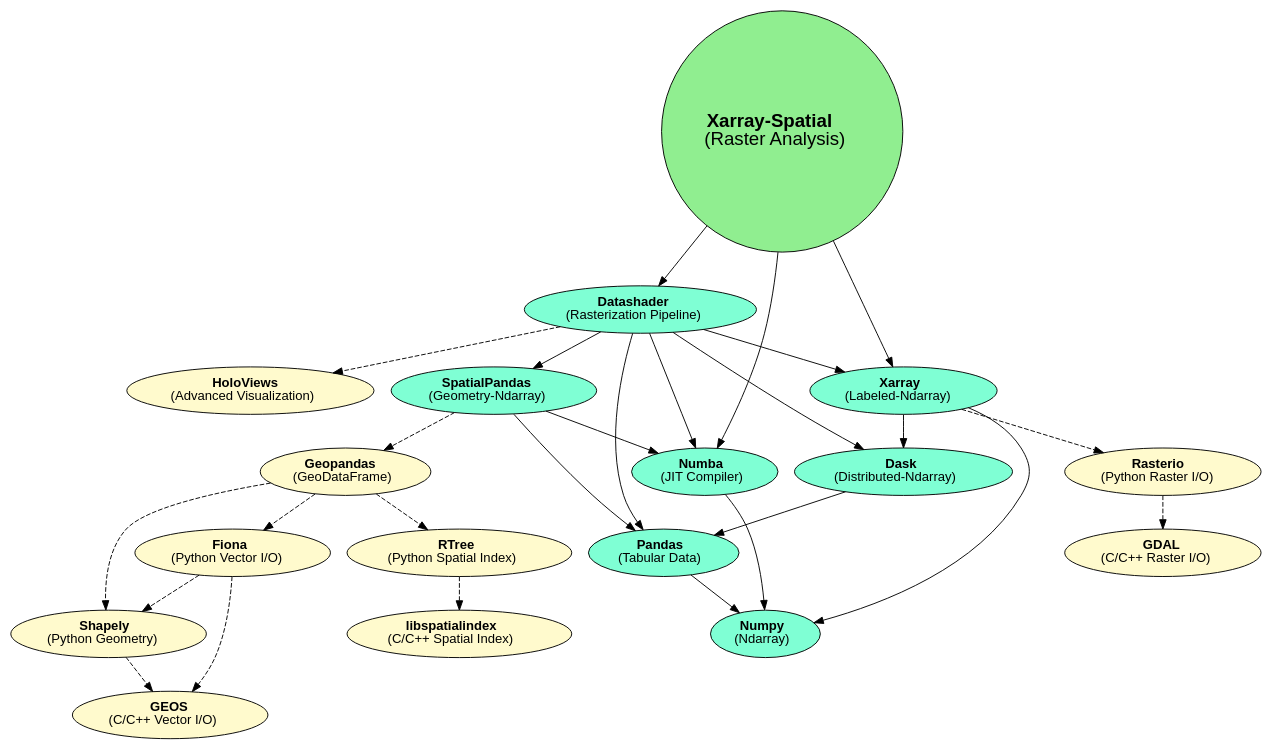
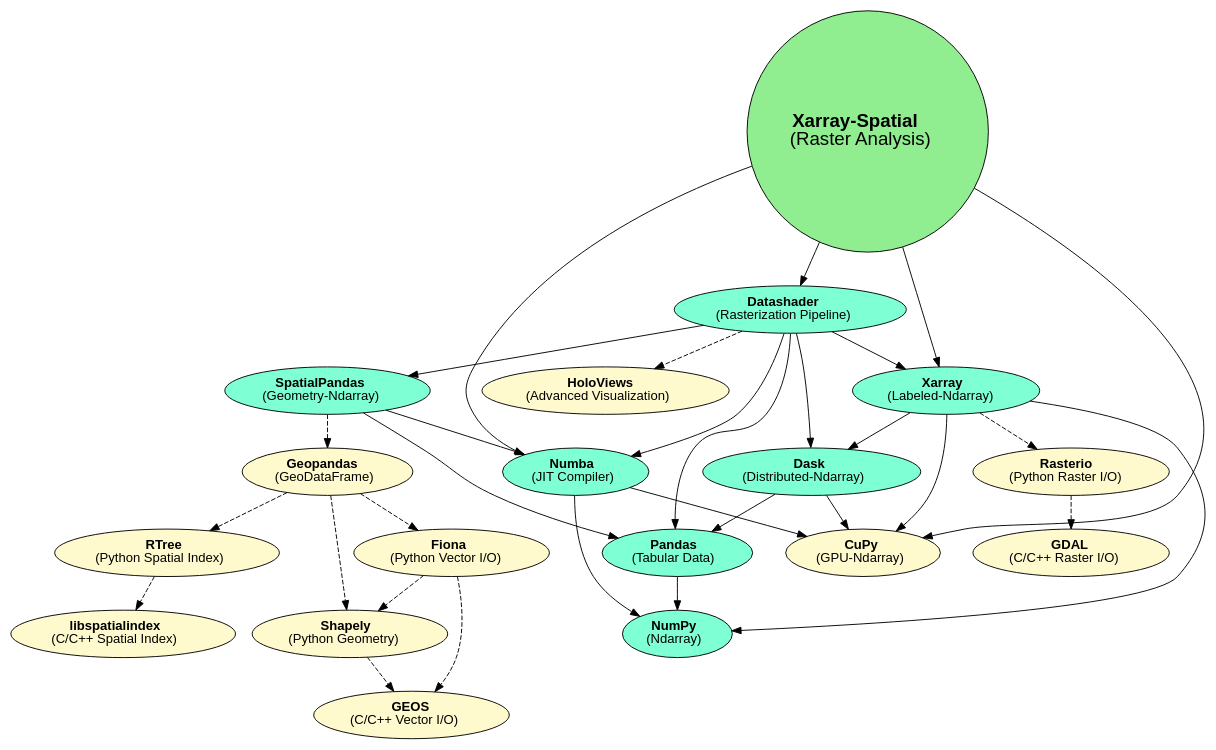
The diagram in dependencies.dot (makepath/xarray-spatial), drawn with Graphviz before and after one commit. The commit also changed 2 other files, not shown here.

Commit message:
updated dependency graph

```diff
--- a/dependencies.dot
+++ b/dependencies.dot
@@ -1,50 +1,63 @@
 digraph G {
 
 graph [fontname = "helvetica"];
 node [fontname = "helvetica"];
 edge [fontname = "helvetica"];
 
-xarray_spatial -> datashader;
-xarray_spatial -> numba;
-xarray_spatial -> xarray;
-numba -> numpy;
-xarray -> rasterio -> gdal [style=dashed];
-xarray -> numpy;
-xarray -> dask;
-datashader -> numba;
-datashader -> xarray;
-datashader -> dask;
-datashader -> pandas;
-datashader -> spatialpandas;
-datashader -> holoviews [style=dashed];
-pandas -> numpy;
-dask -> pandas;
-spatialpandas -> pandas;
-spatialpandas -> numba;
-spatialpandas -> geopandas [style=dashed];
-geopandas -> rtree -> libspatialindex [style=dashed];
-geopandas -> fiona -> geos [style=dashed];
-geopandas -> shapely -> geos [style=dashed];
-fiona -> shapely [style=dashed];
+
+subgraph required {
+	xarray_spatial -> datashader;
+	xarray_spatial -> numba;
+	xarray_spatial -> xarray;
+	xarray_spatial -> cupy;
+	xarray -> numpy;
+	xarray -> dask;
+	xarray -> cupy;
+	dask -> cupy;
+	numba -> numpy;
+	numba -> cupy;
+};
+
+subgraph required {
+	xarray -> rasterio -> gdal [style=dashed];
+	datashader -> numba;
+	datashader -> xarray;
+	datashader -> dask;
+	datashader -> pandas;
+	datashader -> spatialpandas;
+	datashader -> holoviews [style=dashed];
+	pandas -> numpy;
+	dask -> pandas;
+	spatialpandas -> pandas;
+	spatialpandas -> numba;
+	spatialpandas -> geopandas [style=dashed];
+	geopandas -> rtree -> libspatialindex [style=dashed];
+	geopandas -> fiona -> geos [style=dashed];
+	geopandas -> shapely -> geos [style=dashed];
+	fiona -> shapely [style=dashed];
+};
+
+
 
 
  xarray_spatial [label=<<b>Xarray-Spatial</b><br />(Raster Analysis)> fillcolor=palegreen2 fontsize=20 width=0.5 shape=circle style=filled];
 
  xarray [label=<<b>Xarray</b><br/>(Labeled-Ndarray)> fillcolor=aquamarine style=filled];
  datashader [label=<<b>Datashader</b><br />(Rasterization Pipeline)> fillcolor=aquamarine style=filled];
  dask [label=<<b>Dask</b><br />(Distributed-Ndarray)> fillcolor=aquamarine style=filled href="https://dask.pydata.org"];
- numpy [label=<<b>Numpy</b><br />(Ndarray)> fillcolor=aquamarine style=filled];
+ cupy [label=<<b>CuPy</b><br />(GPU-Ndarray)> fillcolor=lemonchiffon style=filled href="https://github.com/cupy/cupy"];
+ numpy [label=<<b>NumPy</b><br />(Ndarray)> fillcolor=aquamarine style=filled];
  numba [label=<<b>Numba</b><br />(JIT Compiler)> fillcolor=aquamarine style=filled];
  pandas [label=<<b>Pandas</b><br />(Tabular Data)> fillcolor=aquamarine style=filled];
  spatialpandas [label=<<b>SpatialPandas</b><br />(Geometry-Ndarray)> fillcolor=aquamarine style=filled];
  rasterio [label=<<b>Rasterio</b><br />(Python Raster I/O)> fillcolor=lemonchiffon style=filled];
  gdal [label=<<b>GDAL</b><br />(C/C++ Raster I/O)> fillcolor=lemonchiffon style=filled];
  geos [label=<<b>GEOS</b><br />(C/C++ Vector I/O)> fillcolor=lemonchiffon style=filled];
  fiona [label=<<b>Fiona</b><br />(Python Vector I/O)> fillcolor=lemonchiffon style=filled];
  holoviews [label=<<b>HoloViews</b><br/>(Advanced Visualization)> fillcolor=lemonchiffon style=filled];
  shapely [label=<<b>Shapely</b><br />(Python Geometry)> fillcolor=lemonchiffon style=filled];
  geopandas [label=<<b>Geopandas</b><br />(GeoDataFrame)> fillcolor=lemonchiffon style=filled];
  rtree [label=<<b>RTree</b><br />(Python Spatial Index)> fillcolor=lemonchiffon style=filled];
  libspatialindex [label=<<b>libspatialindex</b><br />(C/C++ Spatial Index)> fillcolor=lemonchiffon style=filled];
 
 }
```
